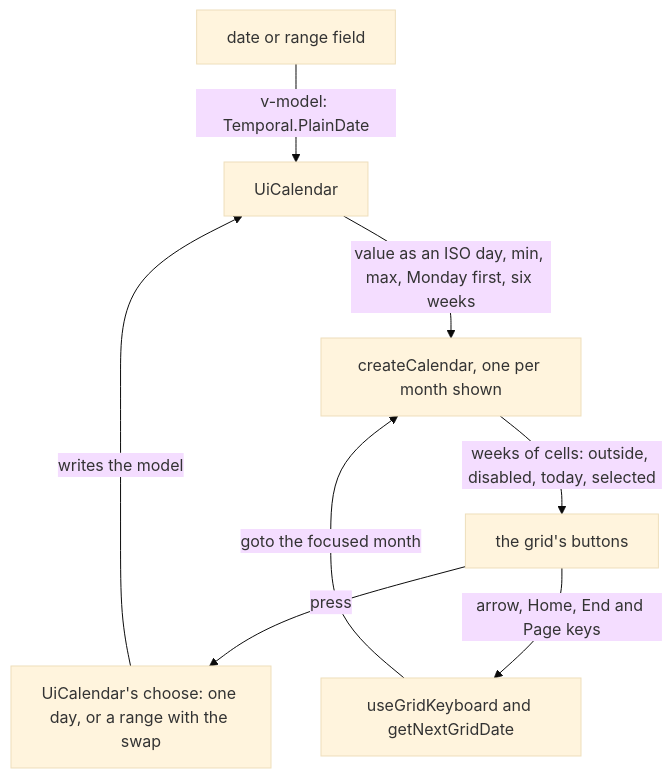
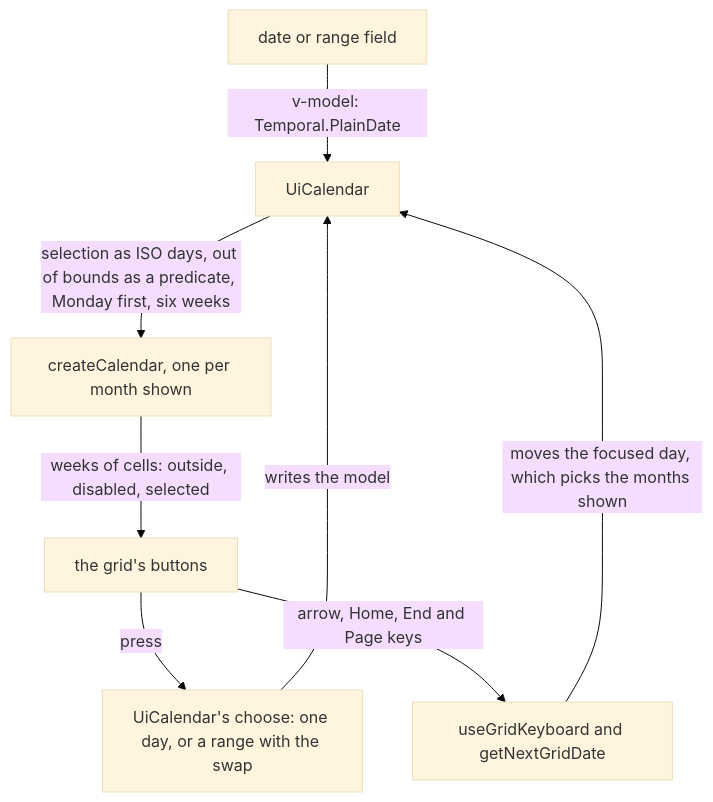
One commit to Esposter/Esposter changed the diagram in openspec/changes/architecture-calendar-grid-on-v0/design.md. Above: the diagram before and after it, drawn with Mermaid (base theme). The commit also changed other lines of this file and 7 other files, not shown here.

First line of the commit message:
refactor(web): the calendar's month grid is Vuetify 0's createCalendar, Monday first

````diff
--- a/openspec/changes/architecture-calendar-grid-on-v0/design.md
+++ b/openspec/changes/architecture-calendar-grid-on-v0/design.md
@@ -11,10 +11,10 @@
 ```mermaid
 flowchart TD
   Field["date or range field"] -->|"v-model: Temporal.PlainDate"| Calendar["UiCalendar"]
-  Calendar -->|"value as an ISO day, min, max, Monday first, six weeks"| Grid["createCalendar, one per month shown"]
-  Grid -->|"weeks of cells: outside, disabled, today, selected"| Template["the grid's buttons"]
+  Calendar -->|"selection as ISO days, out of bounds as a predicate, Monday first, six weeks"| Grid["createCalendar, one per month shown"]
+  Grid -->|"weeks of cells: outside, disabled, selected"| Template["the grid's buttons"]
   Template -->|"press"| Choose["UiCalendar's choose: one day, or a range with the swap"]
   Choose -->|"writes the model"| Calendar
   Template -->|"arrow, Home, End and Page keys"| Keys["useGridKeyboard and getNextGridDate"]
-  Keys -->|"goto the focused month"| Grid
+  Keys -->|"moves the focused day, which picks the months shown"| Calendar
 ```
````
